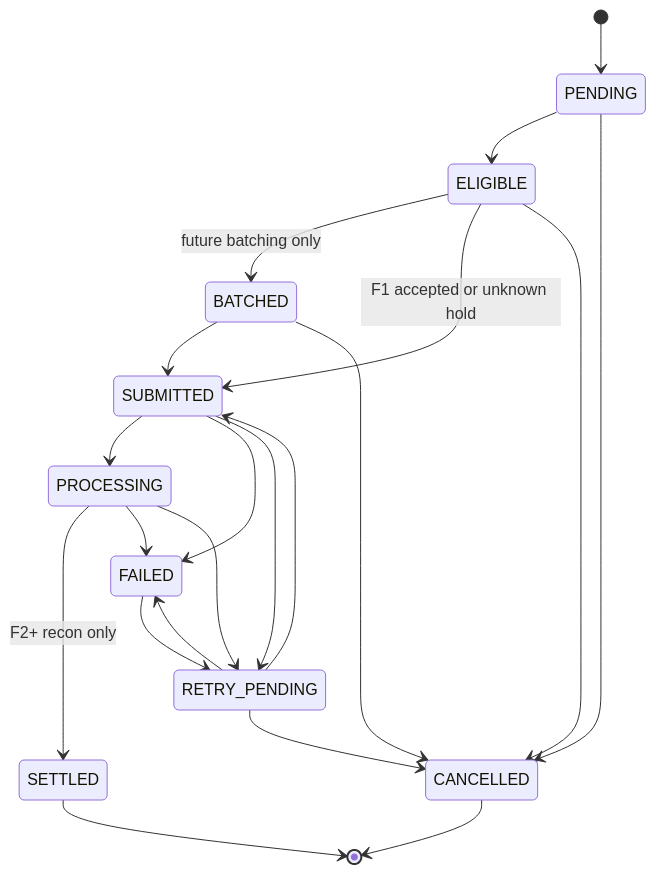
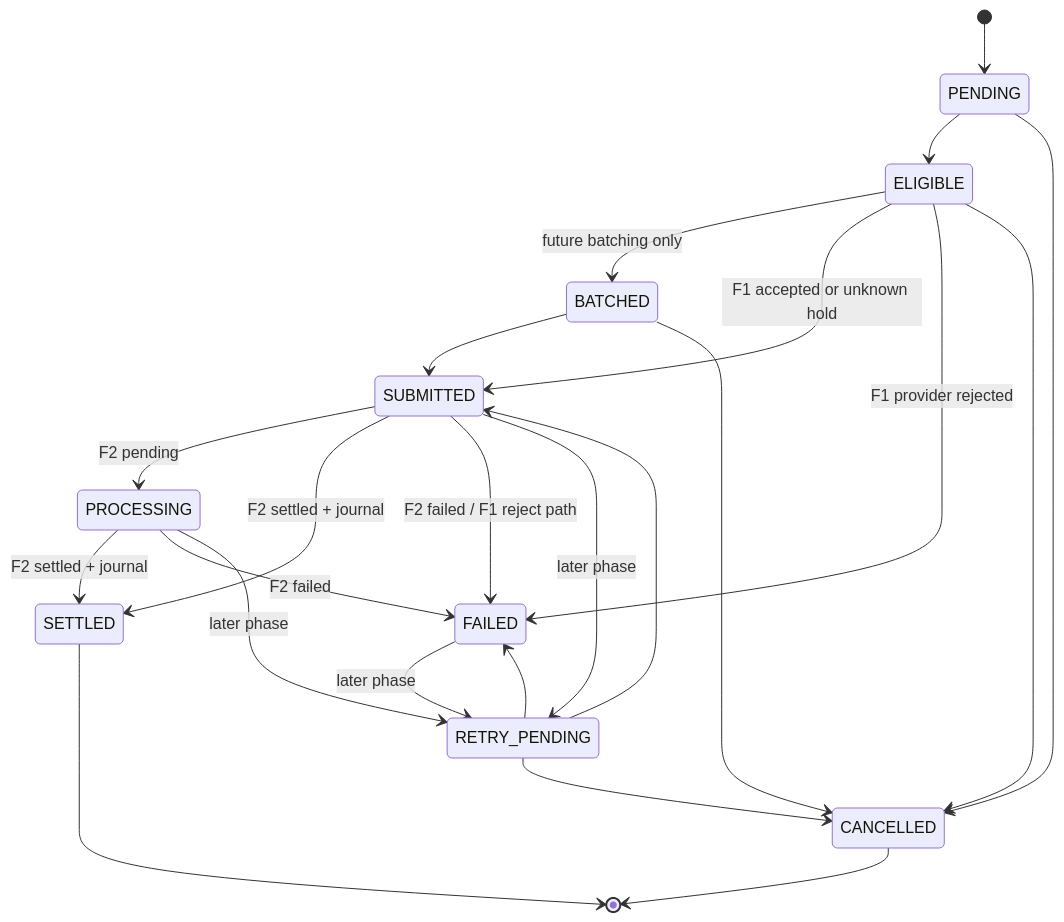
One commit to MR0808/sparelane-architecture changed the diagram in docs/design/money/settlement-state.md. Above: the diagram before and after it, drawn with Mermaid. The commit also changed other lines of this file and 35 other files, not shown here.

````diff
--- a/docs/design/money/settlement-state.md
+++ b/docs/design/money/settlement-state.md
@@ -42,31 +43,33 @@
 ```mermaid
 stateDiagram-v2
     [*] --> PENDING
 
     PENDING --> ELIGIBLE
     PENDING --> CANCELLED
 
     ELIGIBLE --> BATCHED: future batching only
     ELIGIBLE --> SUBMITTED: F1 accepted or unknown hold
+    ELIGIBLE --> FAILED: F1 provider rejected
     ELIGIBLE --> CANCELLED
 
     BATCHED --> SUBMITTED
     BATCHED --> CANCELLED
 
-    SUBMITTED --> PROCESSING
-    SUBMITTED --> FAILED
-    SUBMITTED --> RETRY_PENDING
+    SUBMITTED --> PROCESSING: F2 pending
+    SUBMITTED --> SETTLED: F2 settled + journal
+    SUBMITTED --> FAILED: F2 failed / F1 reject path
+    SUBMITTED --> RETRY_PENDING: later phase
 
-    PROCESSING --> SETTLED: F2+ recon only
-    PROCESSING --> FAILED
-    PROCESSING --> RETRY_PENDING
+    PROCESSING --> SETTLED: F2 settled + journal
+    PROCESSING --> FAILED: F2 failed
+    PROCESSING --> RETRY_PENDING: later phase
 
-    FAILED --> RETRY_PENDING
+    FAILED --> RETRY_PENDING: later phase
 
     RETRY_PENDING --> SUBMITTED
     RETRY_PENDING --> FAILED
     RETRY_PENDING --> CANCELLED
 
     SETTLED --> [*]
     CANCELLED --> [*]
 ```
````
